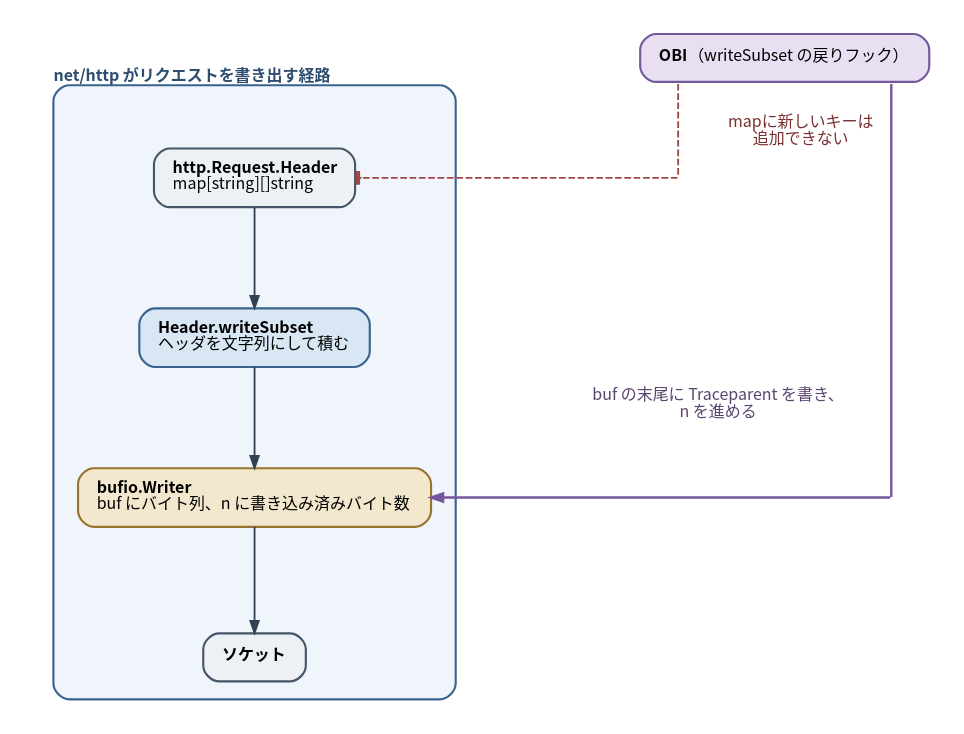
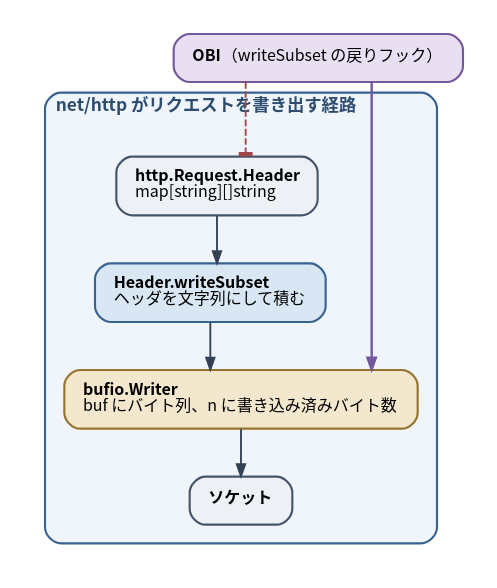
The diagram in diagrams/go-ebpf-primer/20260820-header-injection.dot (ymotongpoo/zenn.dev), drawn with Graphviz before and after one commit. The commit also changed 85 other files, not shown here.

First line of the commit message:
change(go-ebpf-primer): 矢印が無駄に長くなる図をlayout=dotに書き直した

```diff
--- a/diagrams/go-ebpf-primer/20260820-header-injection.dot
+++ b/diagrams/go-ebpf-primer/20260820-header-injection.dot
@@ -1,46 +1,40 @@
 // traceparent をどこへ書き込むか
 digraph header_injection {
   graph [
-    layout=neato, inputscale=72, splines=line,
+    rankdir=TB, splines=ortho, compound=true,
     fontname="Harano Aji Gothic,Noto Sans CJK JP,IPAGothic", fontsize=13,
+    nodesep=0.6, ranksep=0.5,
     bgcolor="white", pad=0.25
   ];
   node [
     fontname="Harano Aji Gothic,Noto Sans CJK JP,IPAGothic", fontsize=12,
     shape=box, style="rounded,filled",
     fillcolor="#F1F5F9", color="#475569", penwidth=1.6,
     margin="0.2,0.14"
   ];
   edge [
     fontname="Harano Aji Gothic,Noto Sans CJK JP,IPAGothic", fontsize=11,
     color="#334155", penwidth=1.4, arrowsize=0.9,
     fontcolor="#1E293B"
   ];
 
-  bg [pos="282,309!", shape=box, style="rounded,filled", fillcolor="#EFF5FB", color="#38638F",
-      label="", width=4.2, height=6.4, fixedsize=true];
-  tbg [pos="235,545!", shape=plaintext, style="", label=<<b>net/http がリクエストを書き出す経路</b>>, fontcolor="#2E4D6E"];
+  obi [label=<<b>OBI</b>（writeSubset の戻りフック）>, fillcolor="#E9DFF2", color="#75589C"];
 
-  hdr [pos="282,470!", label=<<b>http.Request.Header</b><br align="left"/>map[string][]string<br align="left"/>>, fillcolor="#EDF1F5"];
-  ws [pos="282,350!", label=<<b>Header.writeSubset</b><br align="left"/>ヘッダを文字列にして積む<br align="left"/>>, fillcolor="#D9E7F4", color="#38638F"];
-  bufw [pos="282,230!", label=<<b>bufio.Writer</b><br align="left"/>buf にバイト列、n に書き込み済みバイト数<br align="left"/>>, fillcolor="#F3E8CE", color="#96742E"];
-  sock [pos="282,110!", label=<<b>ソケット</b>>, fillcolor="#EDF1F5"];
+  subgraph cluster_path {
+    label=<<b>net/http がリクエストを書き出す経路</b><br align="left"/><br align="left"/>>;
+    style="rounded"; labeljust="l"; penwidth=1.6; margin=14;
+    color="#38638F"; fontcolor="#2E4D6E"; bgcolor="#EFF5FB";
 
-  obi [pos="680,560!", label=<<b>OBI</b>（writeSubset の戻りフック）>, fillcolor="#E9DFF2", color="#75589C"];
+    hdr [label=<<b>http.Request.Header</b><br align="left"/>map[string][]string<br align="left"/>>, fillcolor="#EDF1F5"];
+    ws [label=<<b>Header.writeSubset</b><br align="left"/>ヘッダを文字列にして積む<br align="left"/>>, fillcolor="#D9E7F4", color="#38638F"];
+    bufw [label=<<b>bufio.Writer</b><br align="left"/>buf にバイト列、n に書き込み済みバイト数<br align="left"/>>, fillcolor="#F3E8CE", color="#96742E"];
+    sock [label=<<b>ソケット</b>>, fillcolor="#EDF1F5"];
 
-  r1 [pos="600,540.9!", shape=point, width=0.01, style=invis];
-  r2 [pos="600,470!", shape=point, width=0.01, style=invis];
-  LR [pos="692,505!", shape=plaintext, style="", label="mapに新しいキーは\n追加できない", fontcolor="#7A3030"];
+    hdr -> ws;
+    ws -> bufw;
+    bufw -> sock;
+  }
 
-  q1 [pos="760,540.9!", shape=point, width=0.01, style=invis];
-  q2 [pos="760,230!", shape=point, width=0.01, style=invis];
-  LQ [pos="630,300!", shape=plaintext, style="", label="buf の末尾に Traceparent を書き、\nn を進める", fontcolor="#5B4370"];
-
-  hdr -> ws;
-  ws -> bufw;
-  bufw -> sock;
-  r1 -> r2 [dir=none, style=dashed, color="#A04848"];
-  r2 -> hdr [style=dashed, color="#A04848", arrowhead=tee];
-  q1 -> q2 [dir=none, color="#75589C", penwidth=1.8];
-  q2 -> bufw [color="#75589C", penwidth=1.8];
+  obi -> hdr [style=dashed, color="#A04848", arrowhead=tee];
+  obi -> bufw [color="#75589C", penwidth=1.8];
 }
```
